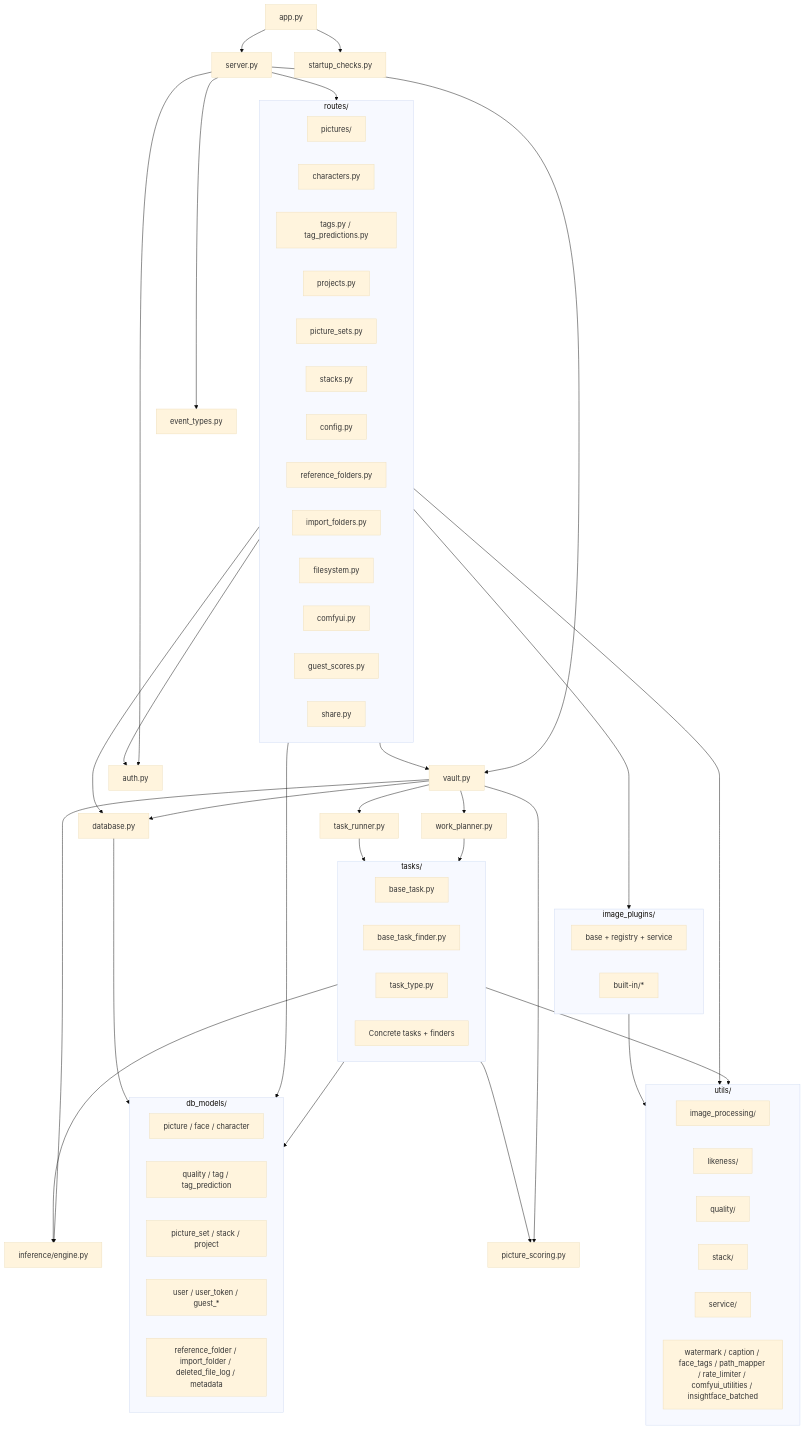
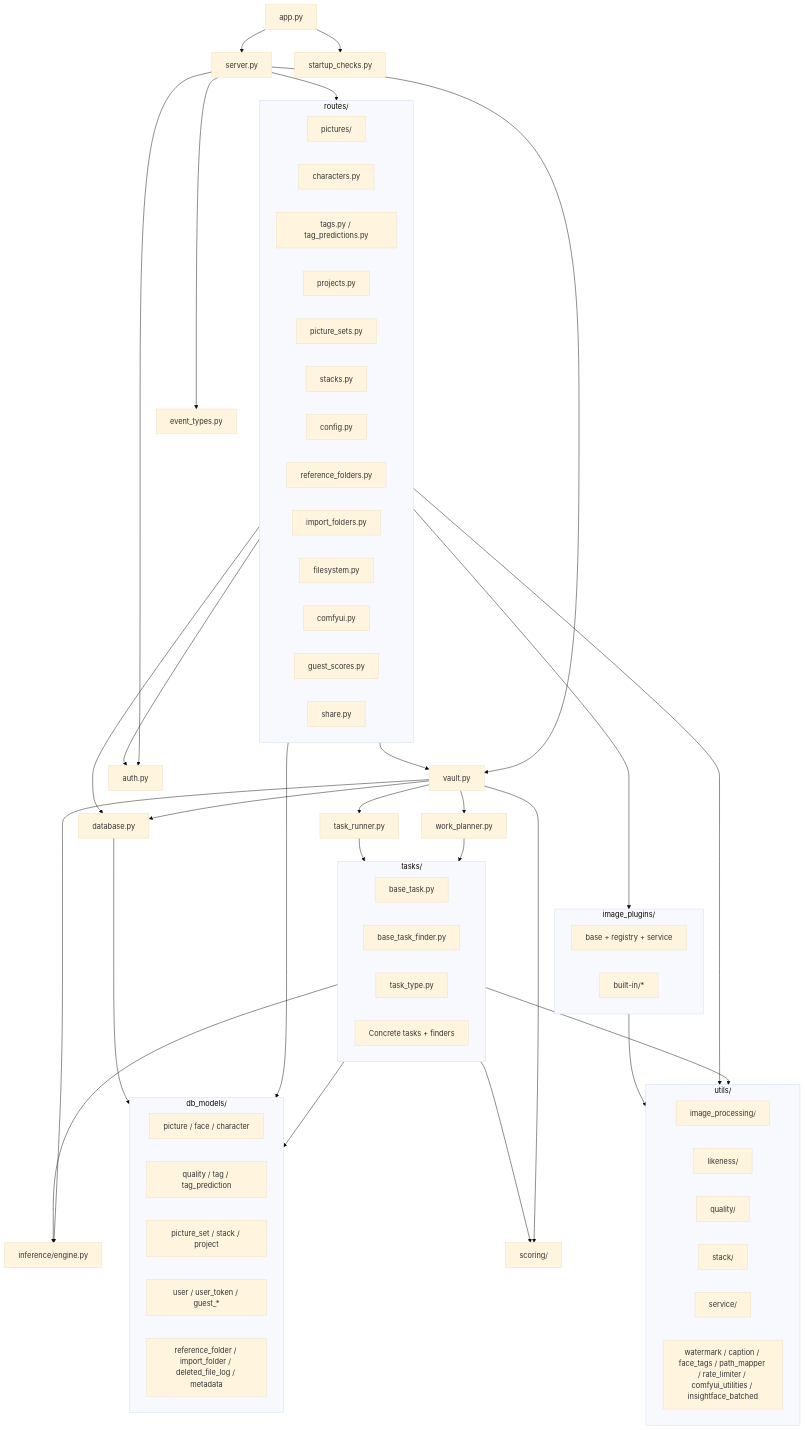
One commit to Pikselkroken/pixlstash changed the second of 3 diagrams in docs/backend_architecture.md. Above: the diagram before and after it, drawn with Mermaid (base theme). The commit also changed other lines of this file and 72 other files, not shown here.

```diff
--- a/docs/backend_architecture.md
+++ b/docs/backend_architecture.md
@@ -2027,7 +2025,7 @@
     Runner[task_runner.py]
     Planner[work_planner.py]
     Engine[inference/engine.py]
-    Scoring[picture_scoring.py]
+    Scoring[scoring/]
     StartCheck[startup_checks.py]
     Events[event_types.py]
 
```
